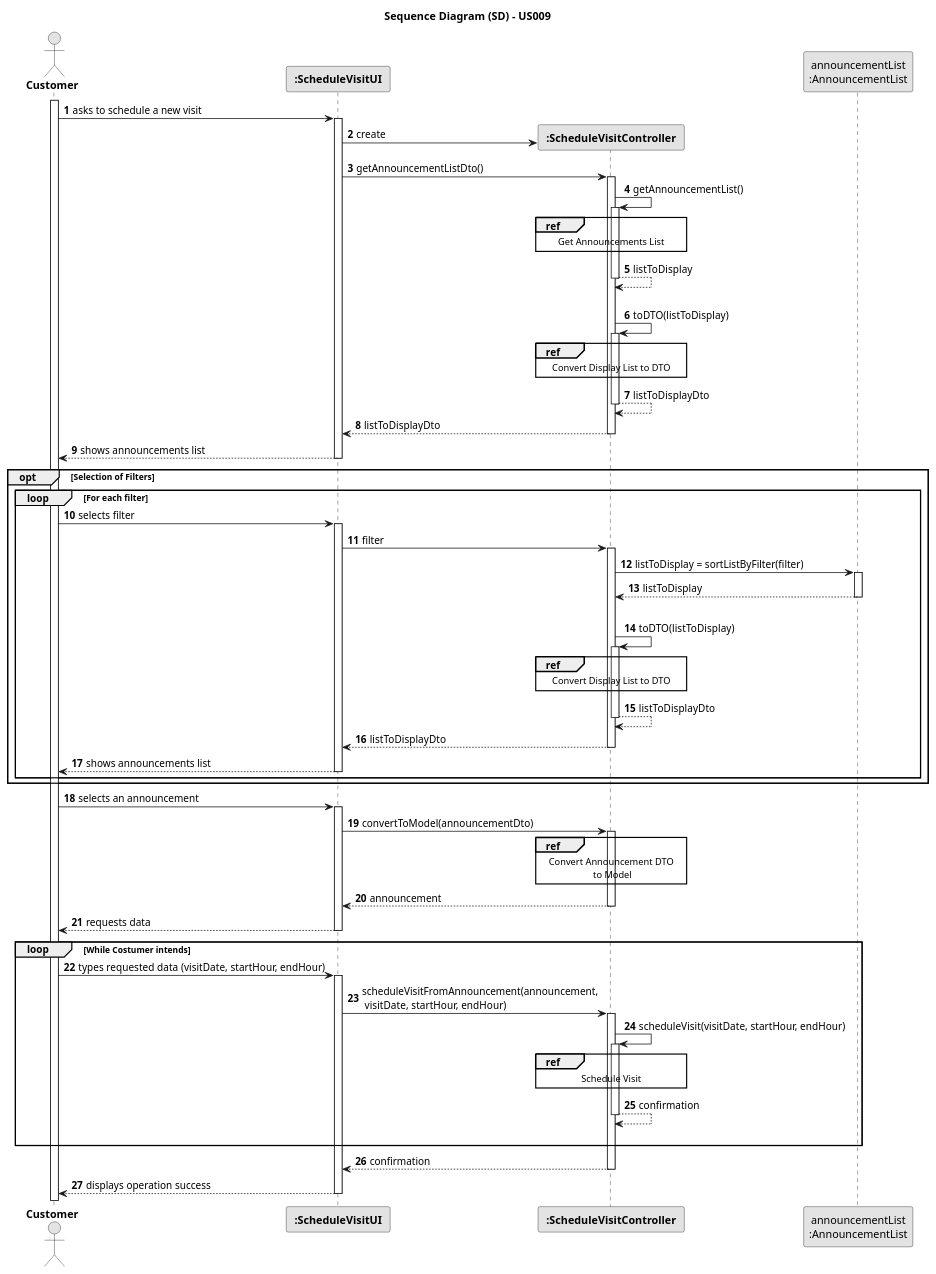
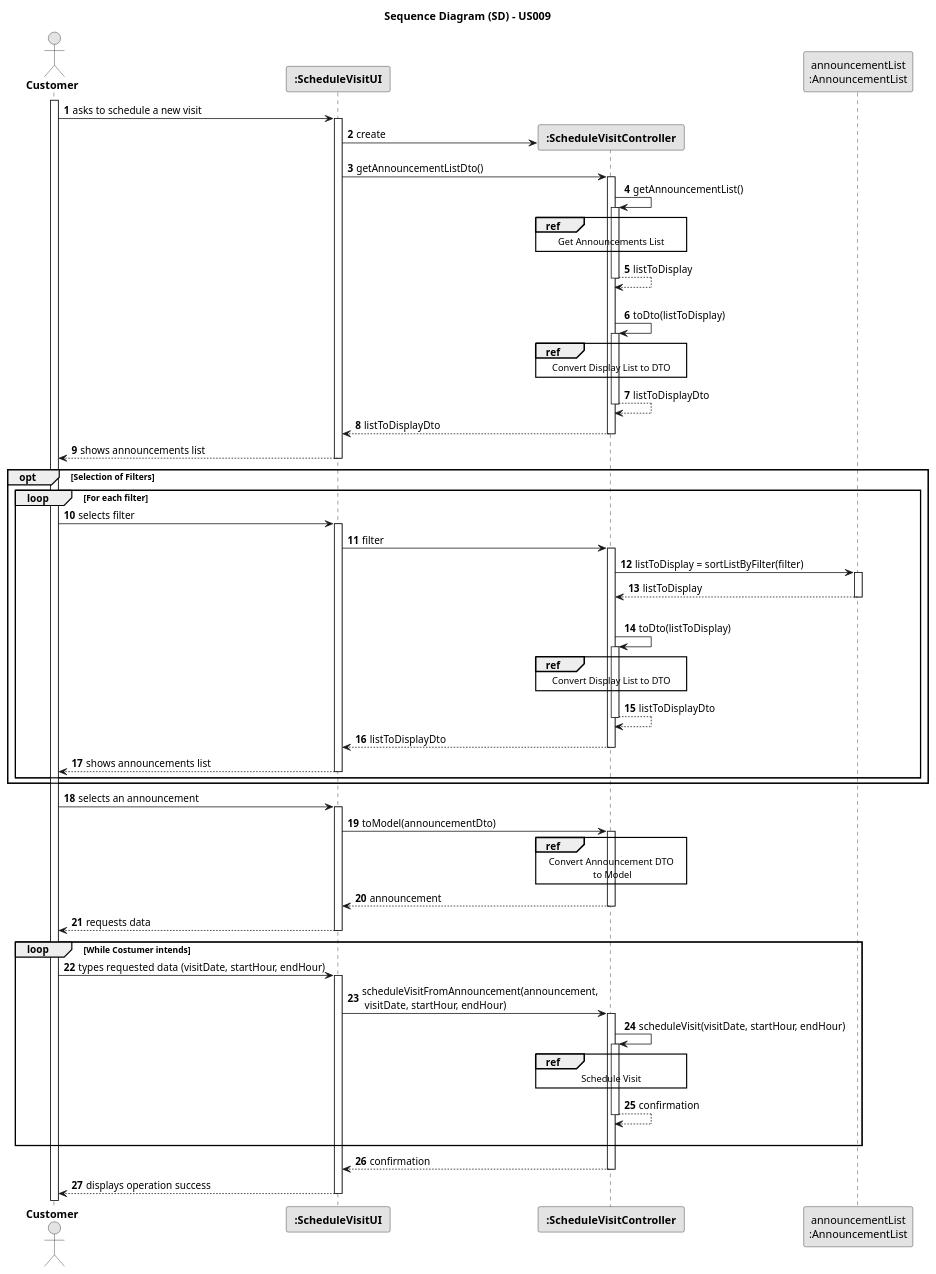
One commit to rita-barbosa/LAPR2-2223 changed the diagram in docs/sprintC/us009/03.design/puml/us009-sequence-diagram-slip.puml. Above: the diagram before and after it, drawn with PlantUML.

Commit message:
Split SD update [US009] [Design]

```diff
--- a/docs/sprintC/us009/03.design/puml/us009-sequence-diagram-slip.puml
+++ b/docs/sprintC/us009/03.design/puml/us009-sequence-diagram-slip.puml
@@ -1,127 +1,127 @@
 @startuml
 skinparam monochrome true
 skinparam packageStyle rectangle
 skinparam shadowing false
 
 title Sequence Diagram (SD) - US009
 
 autonumber
 
 actor "<b> Customer </b>" as CTM
 participant "<b> :ScheduleVisitUI </b>" as UI
 participant "<b> :ScheduleVisitController </b>" as CTRL
 participant "announcementList\n:AnnouncementList" as LISTCLASS
 
 activate CTM
 
     CTM -> UI : asks to schedule a new visit
         activate UI
 
     UI -> CTRL** : create
 
     UI -> CTRL : getAnnouncementListDto()
         activate CTRL
 
     CTRL -> CTRL : getAnnouncementList()
     activate CTRL
             ref over CTRL
                 Get Announcements List
             end ref
         CTRL --> CTRL : listToDisplay
     deactivate CTRL
 |||
-    CTRL -> CTRL : toDTO(listToDisplay)
+    CTRL -> CTRL : toDto(listToDisplay)
     activate CTRL
             ref over CTRL
                 Convert Display List to DTO
             end ref
         CTRL --> CTRL : listToDisplayDto
     deactivate CTRL
 
         CTRL --> UI : listToDisplayDto
     deactivate CTRL
 
         UI --> CTM : shows announcements list
     deactivate UI
 
     opt Selection of Filters
 
         loop For each filter
             CTM -> UI : selects filter
             activate UI
 
             UI -> CTRL : filter
 
             activate CTRL
 
                 CTRL -> LISTCLASS : listToDisplay = sortListByFilter(filter)
                 activate LISTCLASS
 
                     LISTCLASS --> CTRL : listToDisplay
                 deactivate LISTCLASS
 
                 |||
-                    CTRL -> CTRL : toDTO(listToDisplay)
+                    CTRL -> CTRL : toDto(listToDisplay)
                     activate CTRL
                             ref over CTRL
                                 Convert Display List to DTO
                             end ref
                         CTRL --> CTRL : listToDisplayDto
                     deactivate CTRL
 
                         CTRL --> UI : listToDisplayDto
                     deactivate CTRL
 
                         UI --> CTM : shows announcements list
                     deactivate UI
 
             deactivate CTRL
 
             deactivate UI
 
         end loop
     end opt
 
     CTM -> UI : selects an announcement
         activate UI
 
-    UI -> CTRL : convertToModel(announcementDto)
+    UI -> CTRL : toModel(announcementDto)
     activate CTRL
         ref over CTRL
             Convert Announcement DTO
              to Model
         end ref
 
         CTRL --> UI : announcement
     deactivate CTRL
 
     UI --> CTM : requests data
         deactivate UI
 
     loop While Costumer intends
     CTM -> UI : types requested data (visitDate, startHour, endHour)
         activate UI
 
         UI -> CTRL : scheduleVisitFromAnnouncement(announcement,\n visitDate, startHour, endHour)
 
         activate CTRL
 
         CTRL -> CTRL : scheduleVisit(visitDate, startHour, endHour)
         activate CTRL
 
         ref over CTRL
             Schedule Visit
         end ref
 
             CTRL --> CTRL : confirmation
         deactivate CTRL
     |||
     end loop
 
     CTRL --> UI : confirmation
     deactivate CTRL
 
     UI --> CTM : displays operation success
         deactivate UI
 
 @enduml
```
